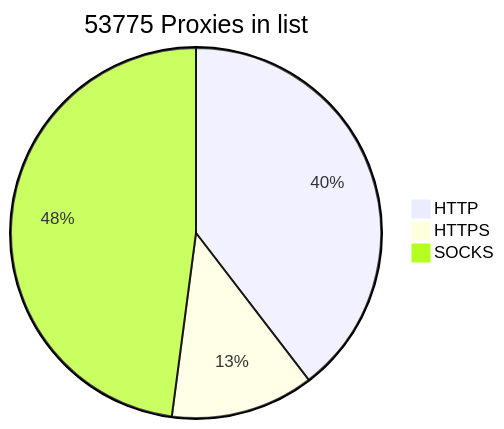
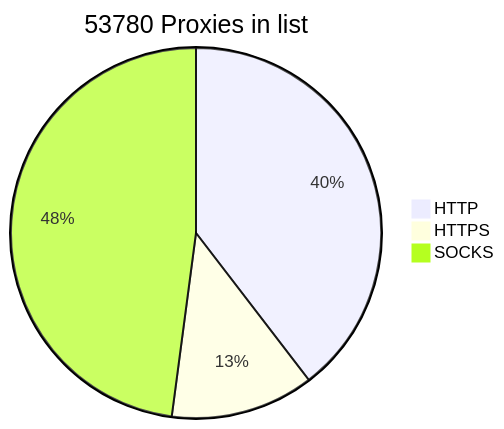
Before and after one commit to BlackSnowDot/proxylist-update-every-minute: the diagram in README.md, drawn with Mermaid.

````diff
--- a/README.md
+++ b/README.md
@@ -2,6 +2,6 @@
 ```mermaid
-pie title 53775 Proxies in list
-    "HTTP" : 23814
-    "HTTPS": 7526
+pie title 53780 Proxies in list
+    "HTTP" : 23816
+    "HTTPS": 7531
     "SOCKS" : 28827
 ```
````
